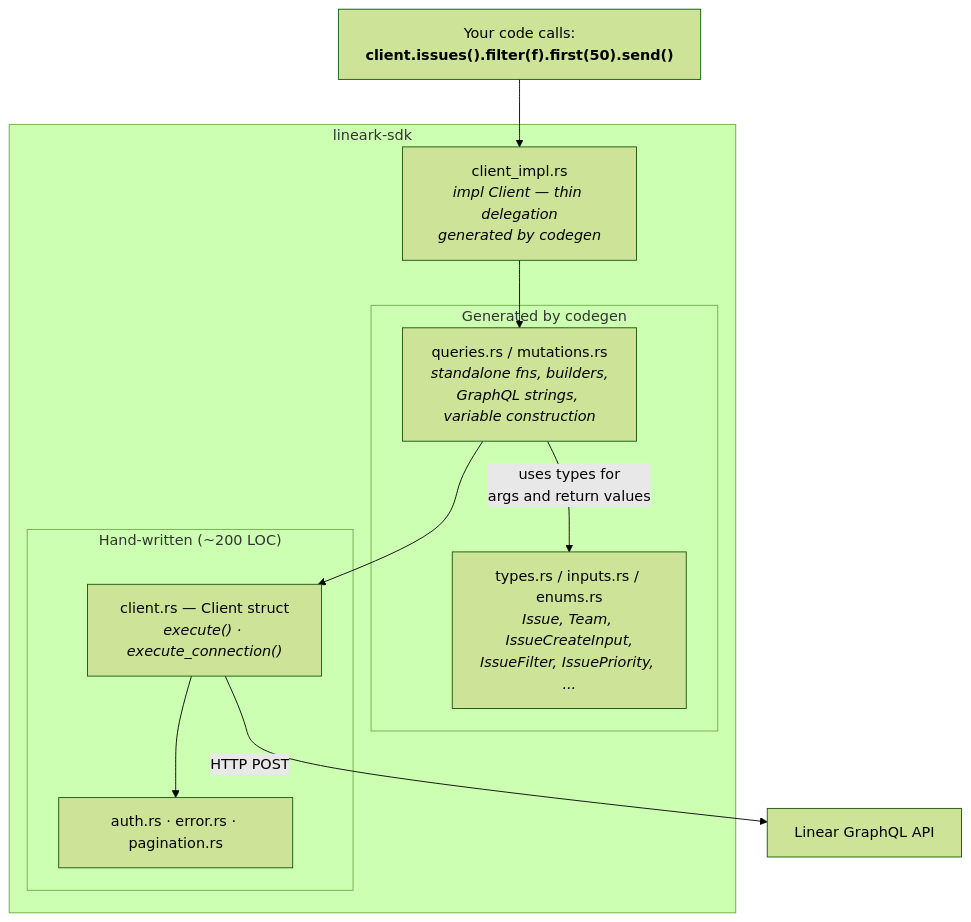
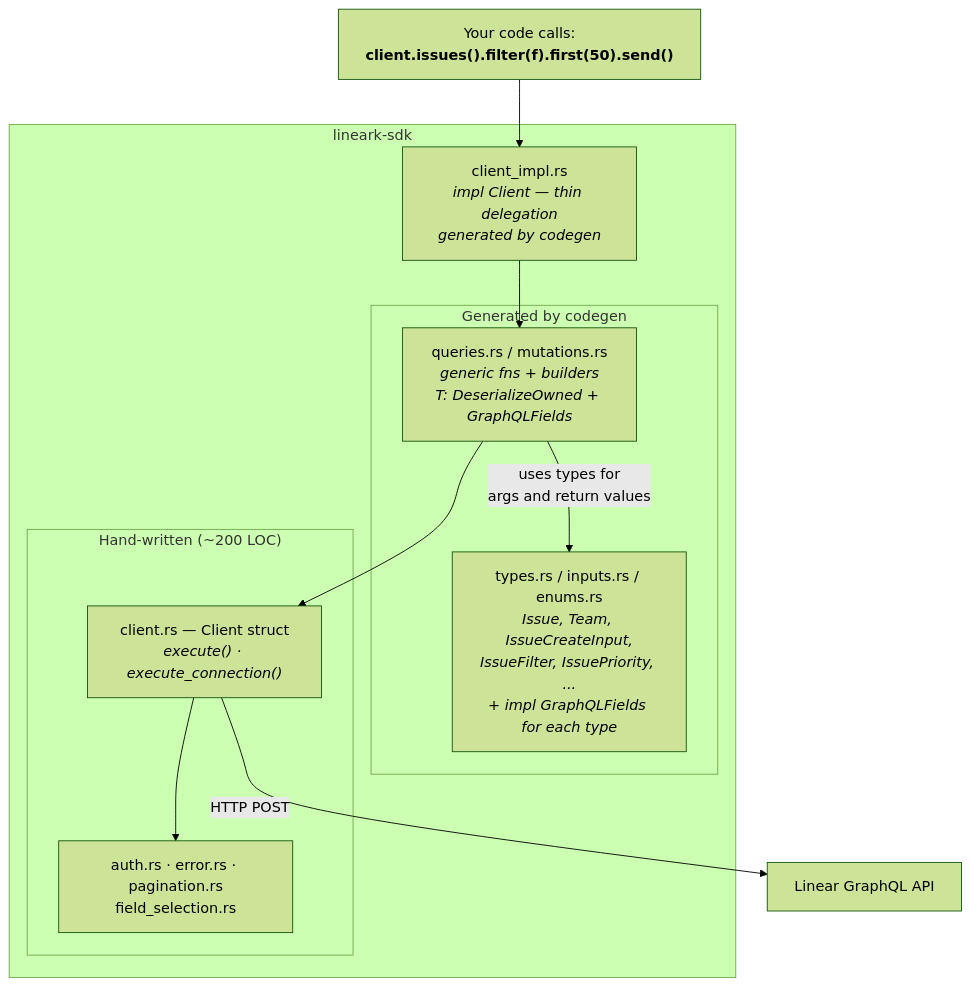
The third of 4 diagrams in README.md (flipbit03/lineark), drawn with Mermaid (forest theme) before and after one commit. The commit also changed other lines of this file and 39 other files, not shown here.

First line of the commit message:
feat: generic queries/mutations, compile-time field validation, error fixes (#60)

````diff
--- a/README.md
+++ b/README.md
@@ -195,28 +201,28 @@
 ```mermaid
 graph TD
     Consumer["Your code calls:<br/><b>client.issues().filter(f).first(50).send()</b>"]
 
     Consumer --> Impl
 
     subgraph lineark-sdk
         Impl["client_impl.rs<br/><i>impl Client — thin delegation<br/>generated by codegen</i>"]
         Impl --> QM
 
         subgraph "Generated by codegen"
-            QM["queries.rs / mutations.rs<br/><i>standalone fns, builders,<br/>GraphQL strings, variable construction</i>"]
-            Types["types.rs / inputs.rs / enums.rs<br/><i>Issue, Team, IssueCreateInput,<br/>IssueFilter, IssuePriority, ...</i>"]
+            QM["queries.rs / mutations.rs<br/><i>generic fns + builders<br/>T: DeserializeOwned + GraphQLFields</i>"]
+            Types["types.rs / inputs.rs / enums.rs<br/><i>Issue, Team, IssueCreateInput,<br/>IssueFilter, IssuePriority, ...<br/>+ impl GraphQLFields for each type</i>"]
         end
 
         QM -- "uses types for<br/>args and return values" --> Types
         QM --> Client
 
         subgraph "Hand-written (~200 LOC)"
             Client["client.rs — Client struct<br/><i>execute() · execute_connection()</i>"]
-            Support["auth.rs · error.rs · pagination.rs"]
+            Support["auth.rs · error.rs · pagination.rs<br/>field_selection.rs"]
         end
 
         Client --> Support
     end
 
     Client -- "HTTP POST" --> API["Linear GraphQL API"]
 ```
````
